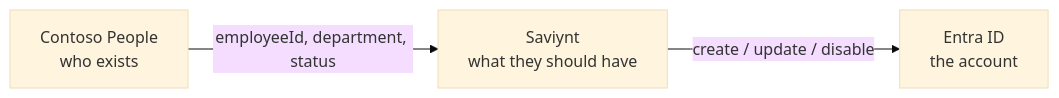
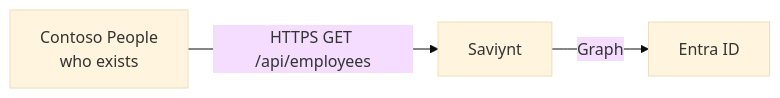
The diagram in 02-contoso-people.md (prasanthgpks/HR-to-entra-id-with-Saviynt-connector), drawn with Mermaid (base theme) before and after one commit. The commit also changed other lines of this file and 50 other files, not shown here.

````diff
--- a/02-contoso-people.md
+++ b/02-contoso-people.md
@@ -31,9 +22,9 @@
 ```mermaid
 flowchart LR
   HR["Contoso People<br/>who exists"]
-  SAV["Saviynt<br/>what they should have"]
-  ENTRA["Entra ID<br/>the account"]
+  SAV["Saviynt"]
+  ENTRA["Entra ID"]
 
-  HR -->|"employeeId, department, status"| SAV
-  SAV -->|"create / update / disable"| ENTRA
+  HR -->|"HTTPS GET /api/employees"| SAV
+  SAV -->|"Graph"| ENTRA
 ```
````
